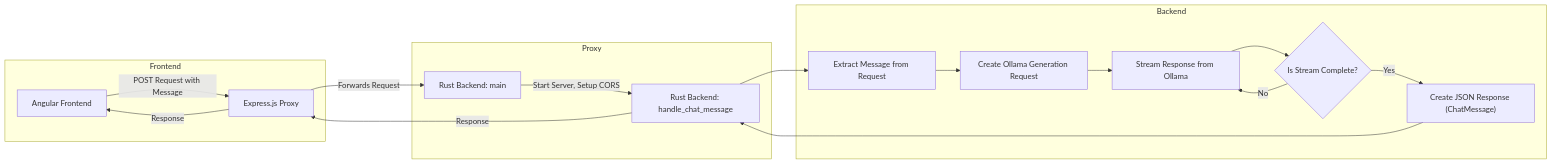
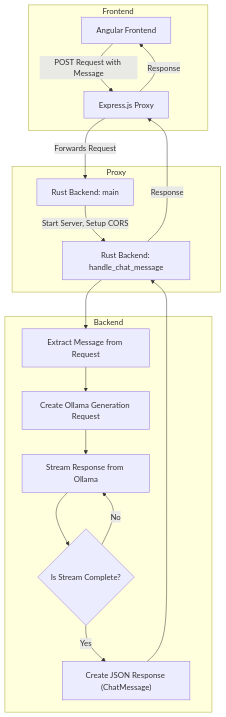
One commit to W-Support/.github changed the diagram in profile/README.md. Above: the diagram before and after it, drawn with Mermaid. The commit also changed other lines of this file, not shown here.

````diff
--- a/profile/README.md
+++ b/profile/README.md
@@ -36,23 +32,23 @@
 ```mermaid
-graph LR
-    subgraph Frontend
+graph TD
+  subgraph Frontend
     A["Angular Frontend"] -->|POST Request with Message| B["Express.js Proxy"]
-    end
+  end
 
-    subgraph Proxy
+  subgraph Proxy
     B["Express.js Proxy"] -->|Forwards Request| C["Rust Backend: main"]
     D["Rust Backend: handle_chat_message"] -->|Response| B["Express.js Proxy"]
     B["Express.js Proxy"] -->|Response| A["Angular Frontend"]
-    end
+  end
 
-    subgraph Backend
+  subgraph Backend
     C["Rust Backend: main"] -->|Start Server, Setup CORS| D["Rust Backend: handle_chat_message"]
     D["Rust Backend: handle_chat_message"] --> E["Extract Message from Request"]
     E["Extract Message from Request"] --> F["Create Ollama Generation Request"]
     F["Create Ollama Generation Request"] --> G["Stream Response from Ollama"]
     G["Stream Response from Ollama"] --> H{Is Stream Complete?}
     H{Is Stream Complete?} -->|No| G["Stream Response from Ollama"]
     H{Is Stream Complete?} -->|Yes| I["Create JSON Response (ChatMessage)"]
     I["Create JSON Response (ChatMessage)"] --> D["Rust Backend: handle_chat_message"]
-    end
+  end
 ```
````
